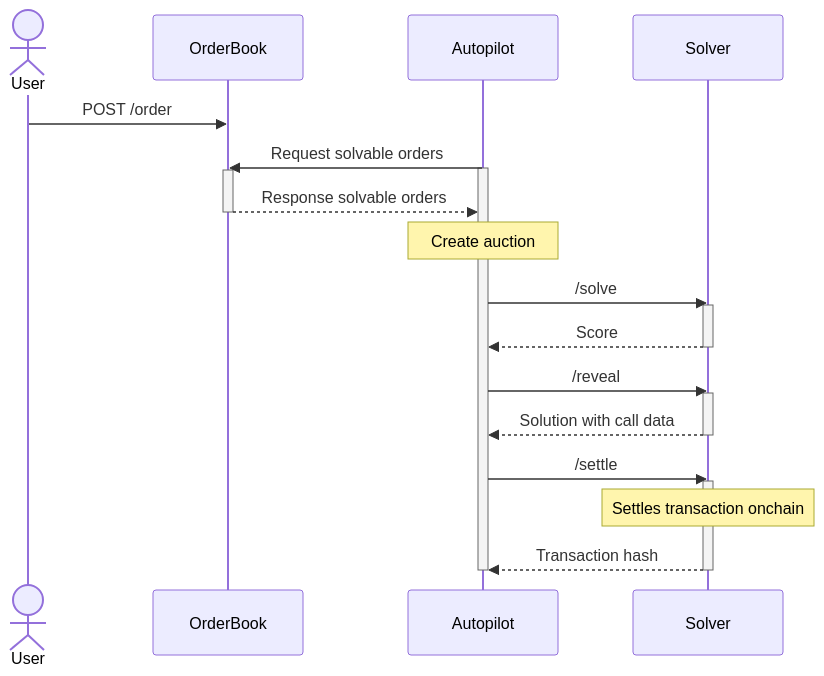
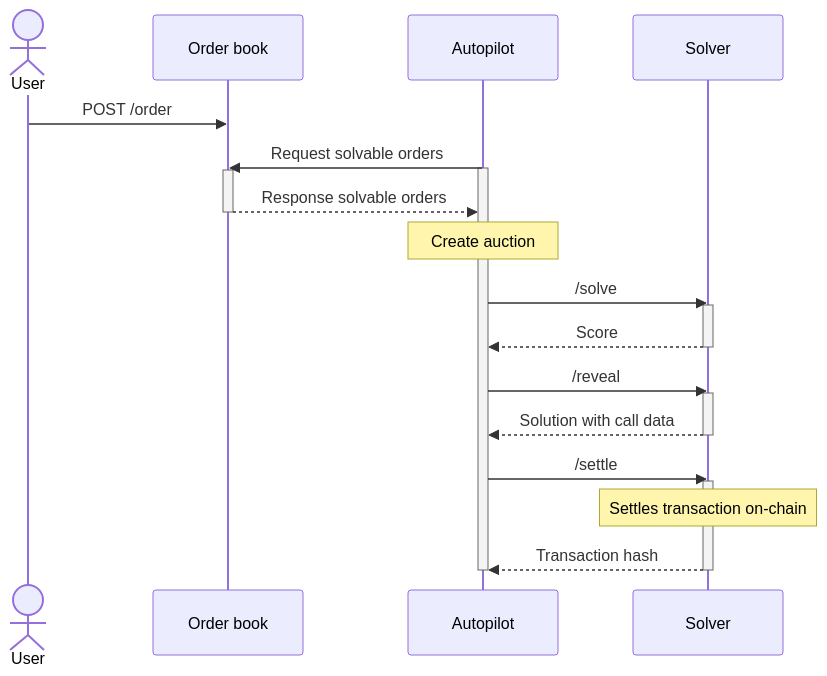
One commit to cowprotocol/docs changed the diagram in docs/cow-protocol/tutorials/arbitrate/README.mdx. Above: the diagram before and after it, drawn with Mermaid. The commit also changed other lines of this file and 33 other files, not shown here.

````diff
--- a/docs/cow-protocol/tutorials/arbitrate/README.mdx
+++ b/docs/cow-protocol/tutorials/arbitrate/README.mdx
@@ -9,29 +9,29 @@
 ```mermaid
 sequenceDiagram
     actor User
-    participant OrderBook
+    participant Order book
     participant Autopilot
     participant Solver
 
-    User->>OrderBook: POST /order
-    Autopilot->>OrderBook: Request solvable orders
+    User->>Order book: POST /order
+    Autopilot->>Order book: Request solvable orders
     activate Autopilot
-    activate OrderBook
-    OrderBook-->>Autopilot: Response solvable orders
-    deactivate OrderBook
+    activate Order book
+    Order book-->>Autopilot: Response solvable orders
+    deactivate Order book
     Note over Autopilot: Create auction
     Autopilot->>Solver: /solve
     activate Solver
     Solver-->>Autopilot: Score
     deactivate Solver
     Autopilot->>Solver: /reveal
     activate Solver
     Solver-->>Autopilot: Solution with call data
     deactivate Solver
     Autopilot->>Solver: /settle
     activate Solver
-    Note over Solver: Settles transaction onchain
+    Note over Solver: Settles transaction on-chain
     Solver-->>Autopilot: Transaction hash
     deactivate Solver
     deactivate Autopilot
 ```
````
